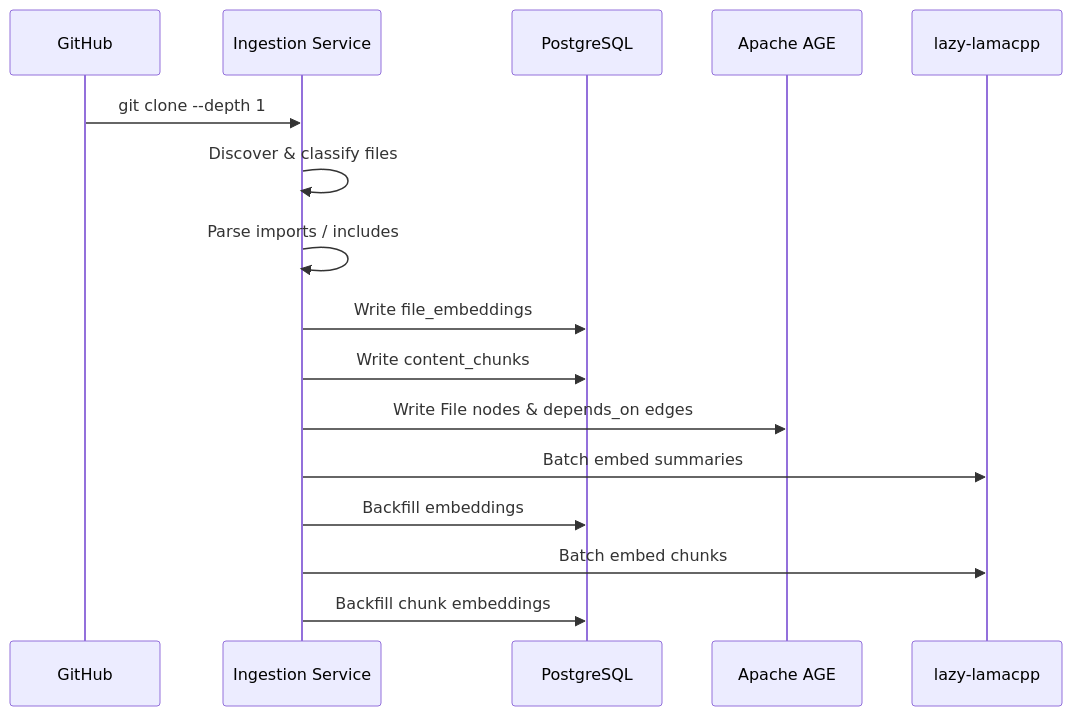
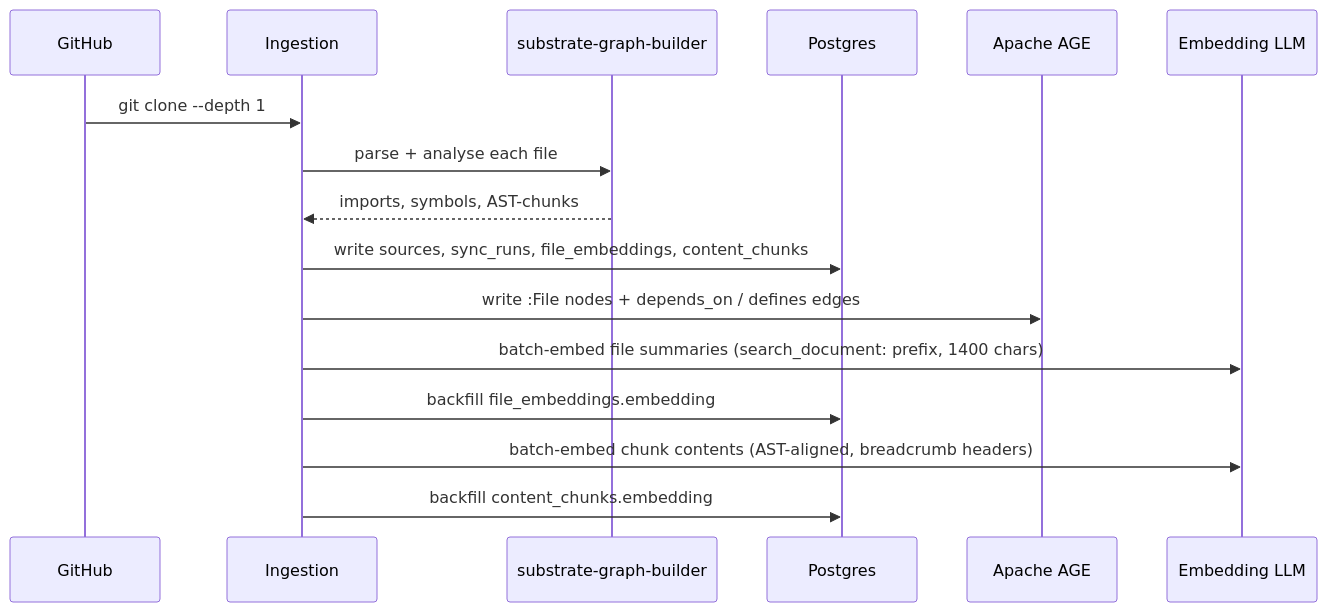
The second of 4 diagrams in docs/architecture/index.md (invariantcontinuum/substrate), drawn with Mermaid before and after one commit. The commit also changed other lines of this file and 11 other files, not shown here.

Commit message:
docs: rewrite architecture and system-design docs for single-db, sse-only, ast chunker, enriched summary

````diff
--- a/docs/architecture/index.md
+++ b/docs/architecture/index.md
@@ -89,19 +103,19 @@
 ```mermaid
 sequenceDiagram
-    participant GitHub
-    participant ING as Ingestion Service
-    participant PG as PostgreSQL
+    participant GH as GitHub
+    participant ING as Ingestion
+    participant GB as substrate-graph-builder
+    participant PG as Postgres
     participant AGE as Apache AGE
-    participant LLM as lazy-lamacpp
+    participant EMB as Embedding LLM
 
-    GitHub->>ING: git clone --depth 1
-    ING->>ING: Discover & classify files
-    ING->>ING: Parse imports / includes
-    ING->>PG: Write file_embeddings
-    ING->>PG: Write content_chunks
-    ING->>AGE: Write File nodes & depends_on edges
-    ING->>LLM: Batch embed summaries
-    ING->>PG: Backfill embeddings
-    ING->>LLM: Batch embed chunks
-    ING->>PG: Backfill chunk embeddings
+    GH->>ING: git clone --depth 1
+    ING->>GB: parse + analyse each file
+    GB-->>ING: imports, symbols, AST-chunks
+    ING->>PG: write sources, sync_runs, file_embeddings, content_chunks
+    ING->>AGE: write :File nodes + depends_on / defines edges
+    ING->>EMB: batch-embed file summaries (search_document: prefix, 1400 chars)
+    ING->>PG: backfill file_embeddings.embedding
+    ING->>EMB: batch-embed chunk contents (AST-aligned, breadcrumb headers)
+    ING->>PG: backfill content_chunks.embedding
 ```
````
